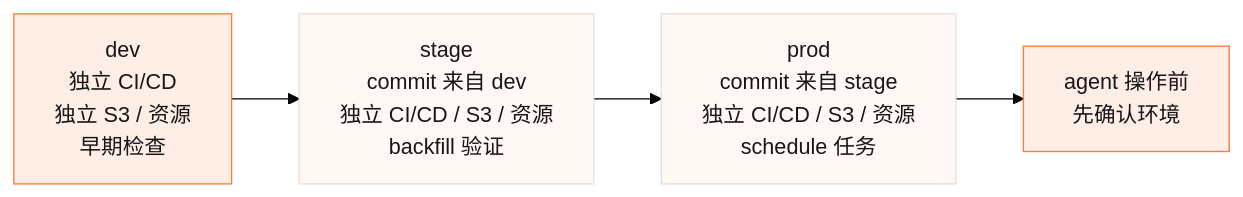
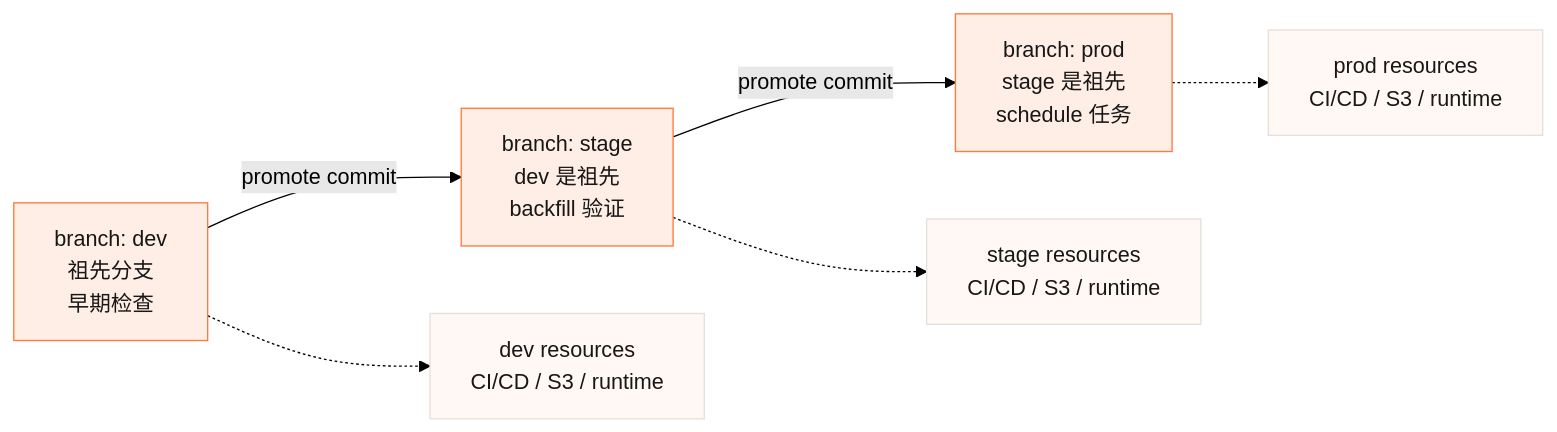
One commit to tihaya-anon/reporting changed the diagram in reports/data-agent/diagrams/environment-boundary.mmd. Above: the diagram before and after it, drawn with Mermaid (forest theme). The commit also changed 19 other files, not shown here.

```diff
--- a/reports/data-agent/diagrams/environment-boundary.mmd
+++ b/reports/data-agent/diagrams/environment-boundary.mmd
@@ -1,8 +1,11 @@
 flowchart LR
-  Dev["dev<br/>独立 CI/CD<br/>独立 S3 / 资源<br/>早期检查"] --> Stage["stage<br/>commit 来自 dev<br/>独立 CI/CD / S3 / 资源<br/>backfill 验证"]
-  Stage --> Prod["prod<br/>commit 来自 stage<br/>独立 CI/CD / S3 / 资源<br/>schedule 任务"]
-  Prod --> Decision["agent 操作前<br/>先确认环境"]
+  Dev["branch: dev<br/>祖先分支<br/>早期检查"] -->|"promote commit"| Stage["branch: stage<br/>dev 是祖先<br/>backfill 验证"]
+  Stage -->|"promote commit"| Prod["branch: prod<br/>stage 是祖先<br/>schedule 任务"]
+
+  Dev -.-> DevRes["dev resources<br/>CI/CD / S3 / runtime"]
+  Stage -.-> StageRes["stage resources<br/>CI/CD / S3 / runtime"]
+  Prod -.-> ProdRes["prod resources<br/>CI/CD / S3 / runtime"]
 
   classDef default fill:#FFEEE5,stroke:#FF7A3D,color:#171717,stroke-width:1px;
   classDef muted fill:#FFF8F4,stroke:#E6E0DC,color:#171717,stroke-width:1px;
-  class Stage,Prod muted;
+  class DevRes,StageRes,ProdRes muted;
```
